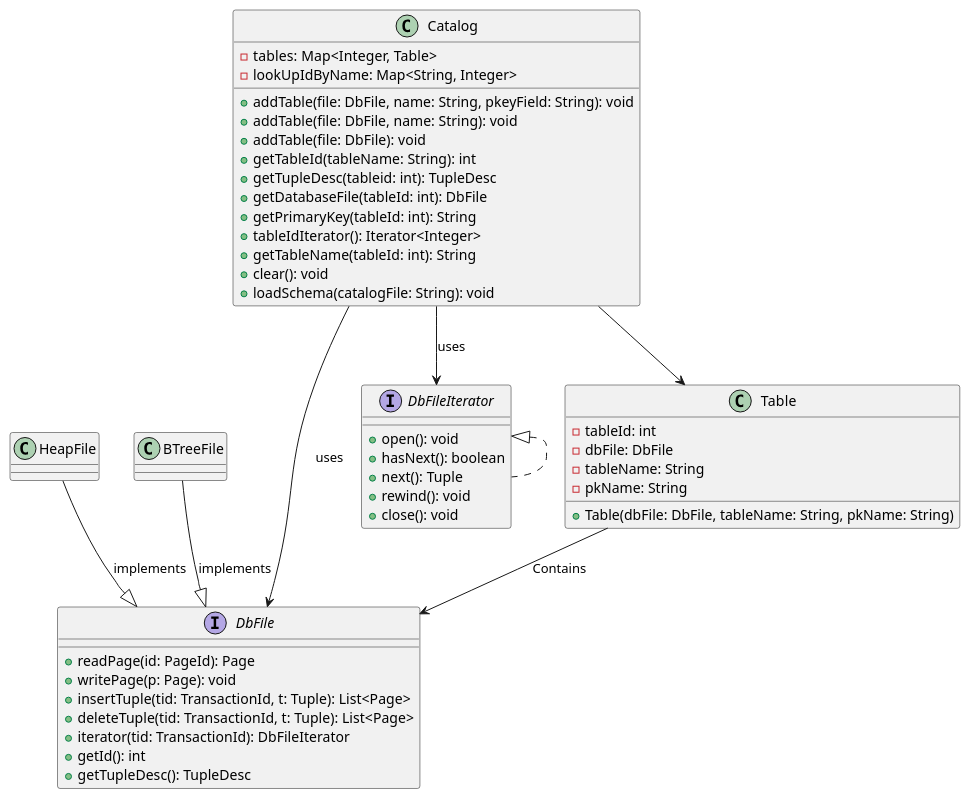
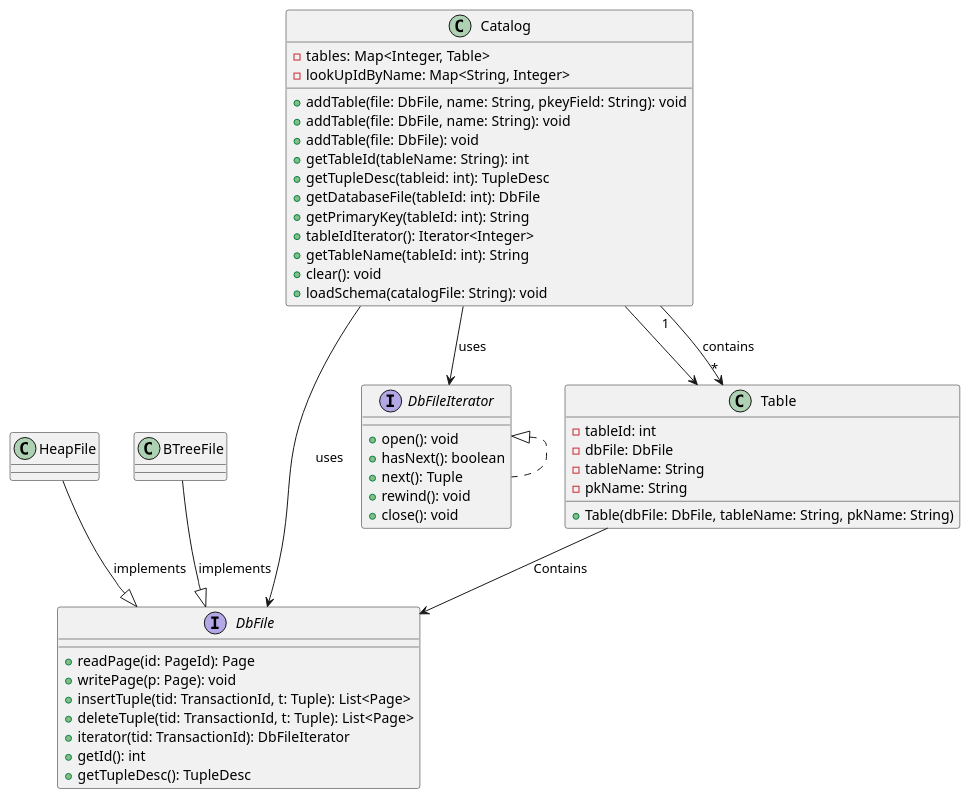
Before and after one commit to kechenkristin/myDB: the diagram in puml/lab1/ex2.puml, drawn with PlantUML. The commit also changed 11 other files, not shown here.

Commit message:
lab1ex345, add puml graph code

```diff
--- a/puml/lab1/ex2.puml
+++ b/puml/lab1/ex2.puml
@@ -1,59 +1,62 @@
 @startuml
 interface DbFile {
     +readPage(id: PageId): Page
     +writePage(p: Page): void
     +insertTuple(tid: TransactionId, t: Tuple): List<Page>
     +deleteTuple(tid: TransactionId, t: Tuple): List<Page>
     +iterator(tid: TransactionId): DbFileIterator
     +getId(): int
     +getTupleDesc(): TupleDesc
 }
 
 interface DbFileIterator{
     +open(): void
     +hasNext(): boolean
     +next(): Tuple
     +rewind(): void
     +close(): void
 }
 
-DbFileIterator <|.. DbFileIterator
 
 class HeapFile {
 }
-HeapFile --|> DbFile: implements
 
 class BTreeFile {
 }
-BTreeFile --|> DbFile: implements
 
 class Table {
     -tableId: int
     -dbFile: DbFile
     -tableName: String
     -pkName: String
 
     +Table(dbFile: DbFile, tableName: String, pkName: String)
 }
 
 class Catalog {
     -tables: Map<Integer, Table>
     -lookUpIdByName: Map<String, Integer>
+
     +addTable(file: DbFile, name: String, pkeyField: String): void
     +addTable(file: DbFile, name: String): void
     +addTable(file: DbFile): void
     +getTableId(tableName: String): int
     +getTupleDesc(tableid: int): TupleDesc
     +getDatabaseFile(tableId: int): DbFile
     +getPrimaryKey(tableId: int): String
     +tableIdIterator(): Iterator<Integer>
     +getTableName(tableId: int): String
     +clear(): void
     +loadSchema(catalogFile: String): void
 }
 
+DbFileIterator <|.. DbFileIterator
+HeapFile --|> DbFile: implements
+BTreeFile --|> DbFile: implements
 Catalog --> Table
 Catalog --> DbFile: uses
 Catalog --> DbFileIterator: uses
 Table --> DbFile: Contains
+
+Catalog "1" --> "*" Table : contains
 @enduml
```
